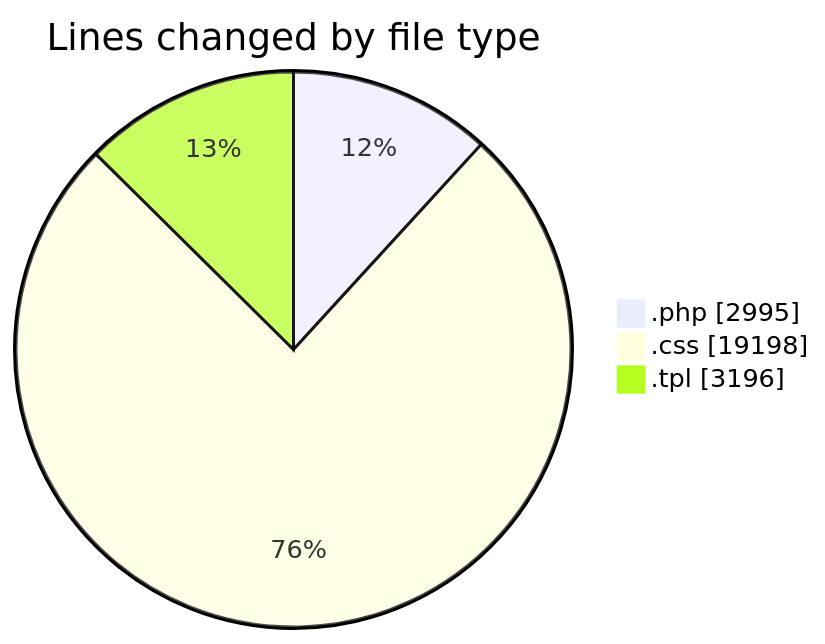
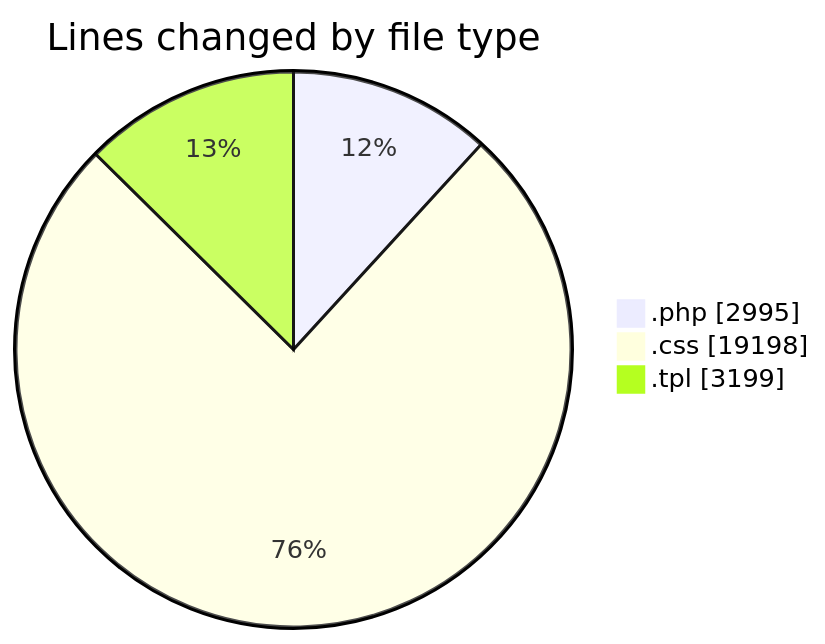
The first of 2 diagrams in 2025-03-23/zeytoon/README.md (vahidmafi/code-tracking), drawn with Mermaid before and after one commit. The commit also changed other lines of this file and 1 other file, not shown here.

````diff
--- a/2025-03-23/zeytoon/README.md
+++ b/2025-03-23/zeytoon/README.md
@@ -28,7 +28,7 @@
 ```mermaid
 pie showData
 title Lines changed by file type
 ".php" : 2995
 ".css" : 19198
-".tpl" : 3196
+".tpl" : 3199
 ```
````
